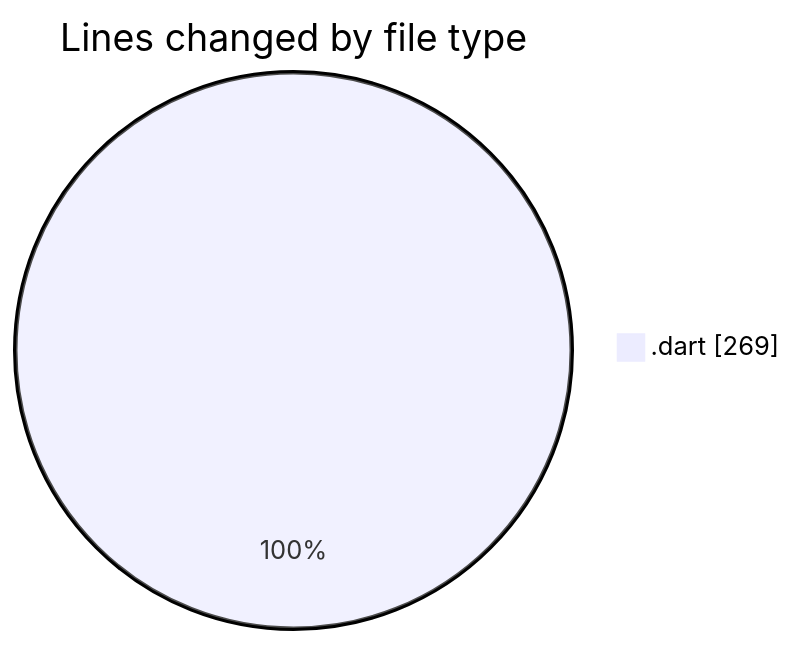
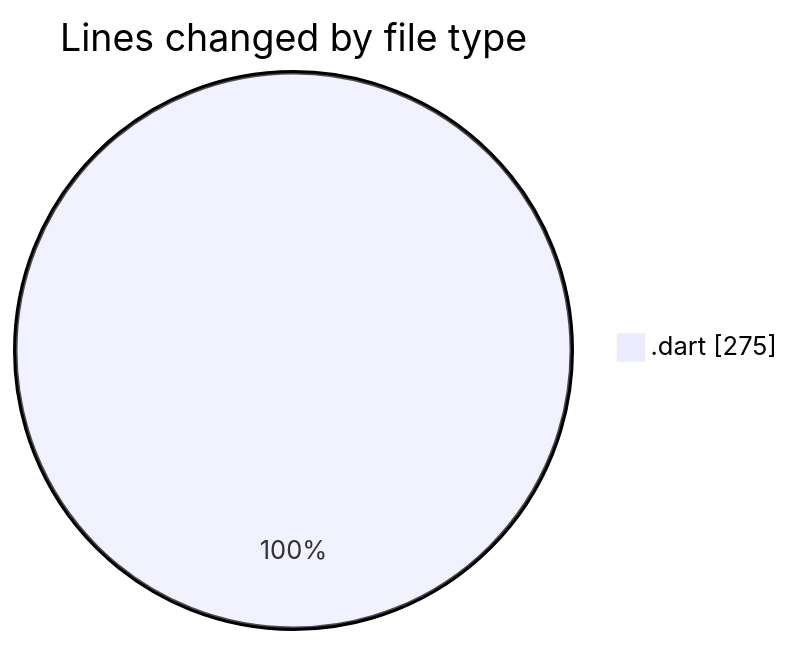
Before and after one commit to donsfak/code-tracking: the first of 2 diagrams in 2025-01-24/trackers_app/README.md, drawn with Mermaid. The commit also changed other lines of this file and 1 other file, not shown here.

````diff
--- a/2025-01-24/trackers_app/README.md
+++ b/2025-01-24/trackers_app/README.md
@@ -22,5 +22,5 @@
 ```mermaid
 pie showData
 title Lines changed by file type
-".dart" : 269
+".dart" : 275
 ```
````
